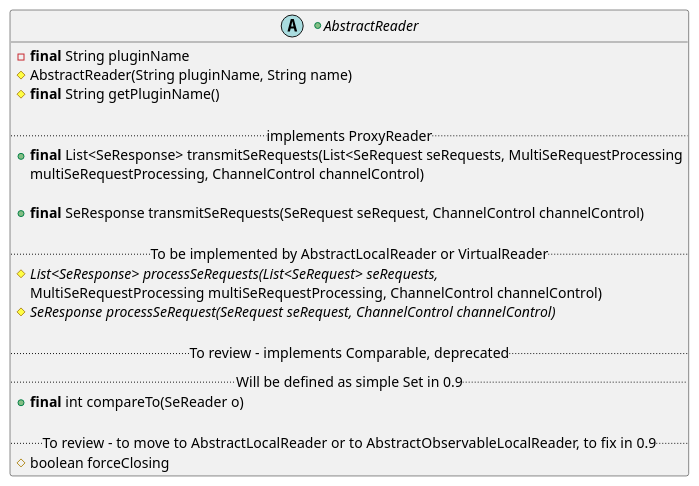
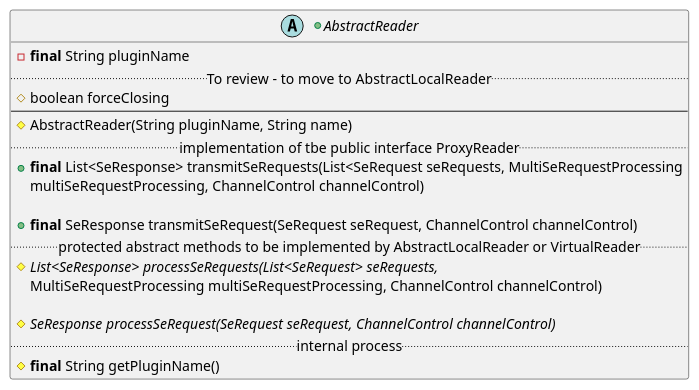
Before and after one commit to calypsonet/keyple: diagram 22 of 26 in src/KeypleCoreApi/PluginApi/puml/KeypleCore-PluginApi-ClassDiag-SE_Proxy-ClassElements.iuml, drawn with PlantUML. The commit also changed other lines of this file and 19 other files, not shown here.

Commit message:
internal plugin API visibility access fixes

```diff
--- a/src/KeypleCoreApi/PluginApi/puml/KeypleCore-PluginApi-ClassDiag-SE_Proxy-ClassElements.iuml
+++ b/src/KeypleCoreApi/PluginApi/puml/KeypleCore-PluginApi-ClassDiag-SE_Proxy-ClassElements.iuml
@@ -421,25 +424,23 @@
 @startuml(id=PLUGIN_ABSTRACTREADER_0_9_0)
 +abstract AbstractReader {
   -<b>final</b> String pluginName
+  .. To review - to move to AbstractLocalReader ..
+  #boolean forceClosing
+  --
   #AbstractReader(String pluginName, String name)
-  #<b>final</b> String getPluginName()
-
-  .. implements ProxyReader ..
+'
+  .. implementation of tbe public interface ProxyReader ..
   +<b>final</b> List<SeResponse> transmitSeRequests(List<SeRequest seRequests, MultiSeRequestProcessing
     multiSeRequestProcessing, ChannelControl channelControl)
 
-  +<b>final</b> SeResponse transmitSeRequests(SeRequest seRequest, ChannelControl channelControl)
-
-  .. To be implemented by AbstractLocalReader or VirtualReader ..
+  +<b>final</b> SeResponse transmitSeRequest(SeRequest seRequest, ChannelControl channelControl)
+'
+  .. protected abstract methods to be implemented by AbstractLocalReader or VirtualReader ..
   #{abstract} List<SeResponse> processSeRequests(List<SeRequest> seRequests,
     MultiSeRequestProcessing multiSeRequestProcessing, ChannelControl channelControl)
+
   #{abstract} SeResponse processSeRequest(SeRequest seRequest, ChannelControl channelControl)
-
-  .. To review - implements Comparable, deprecated ..
-  .. Will be defined as simple Set in 0.9  ..
-  +<b>final</b> int compareTo(SeReader o)
-
-  .. To review - to move to AbstractLocalReader or to AbstractObservableLocalReader, to fix in 0.9 ..
-  #boolean forceClosing
+  .. internal process ..
+  #<b>final</b> String getPluginName()
 }
 @enduml
```
